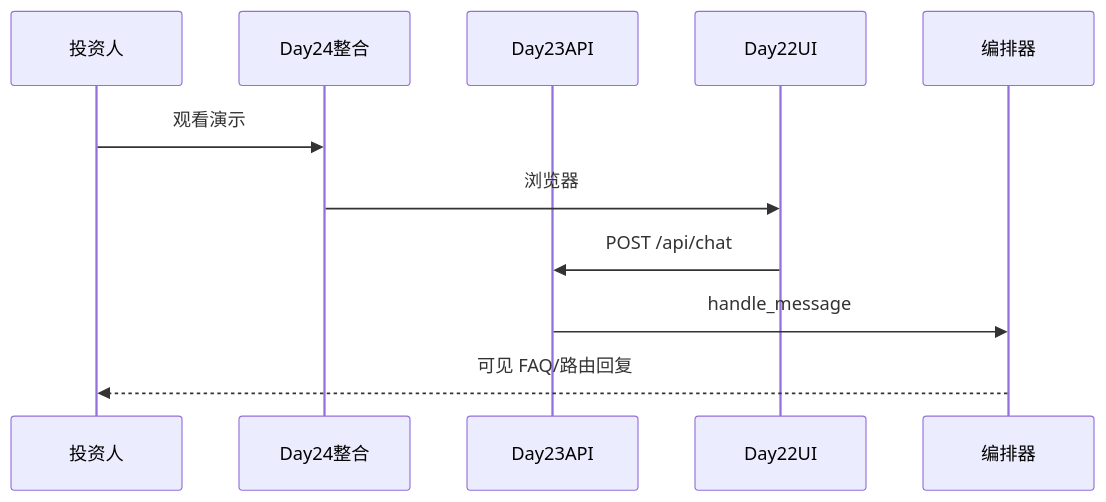
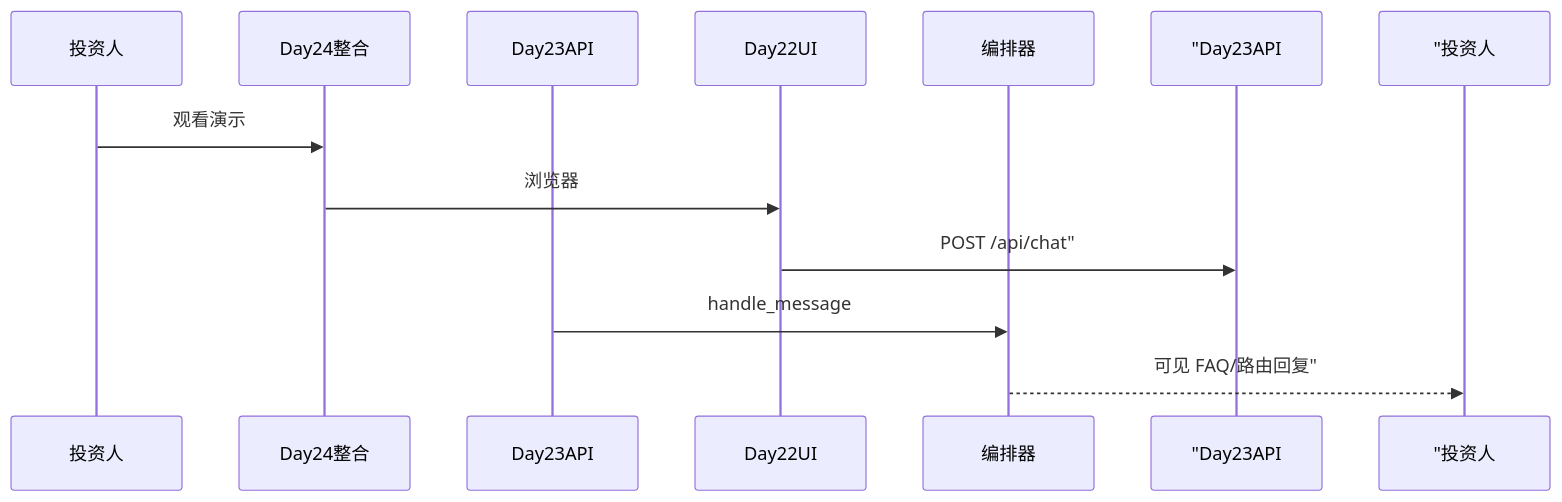
The second of 2 diagrams in course/day23/27_Day24完整整合预习.md (ab6539763/70_days_course_plus), drawn with Mermaid before and after one commit. The commit also changed other lines of this file and 134 other files, not shown here.

````diff
--- a/course/day23/27_Day24完整整合预习.md
+++ b/course/day23/27_Day24完整整合预习.md
@@ -115,14 +115,14 @@
 ```mermaid
 sequenceDiagram
     participant 投资人
     participant Day24整合
     participant Day23API
     participant Day22UI
     participant 编排器
 
     投资人->>Day24整合: 观看演示
     Day24整合->>Day22UI: 浏览器
-    Day22UI->>Day23API: POST /api/chat
+    Day22UI->> "Day23API: POST /api/chat"
     Day23API->>编排器: handle_message
-    编排器-->>投资人: 可见 FAQ/路由回复
+    编排器-->> "投资人: 可见 FAQ/路由回复"
 ```
````
